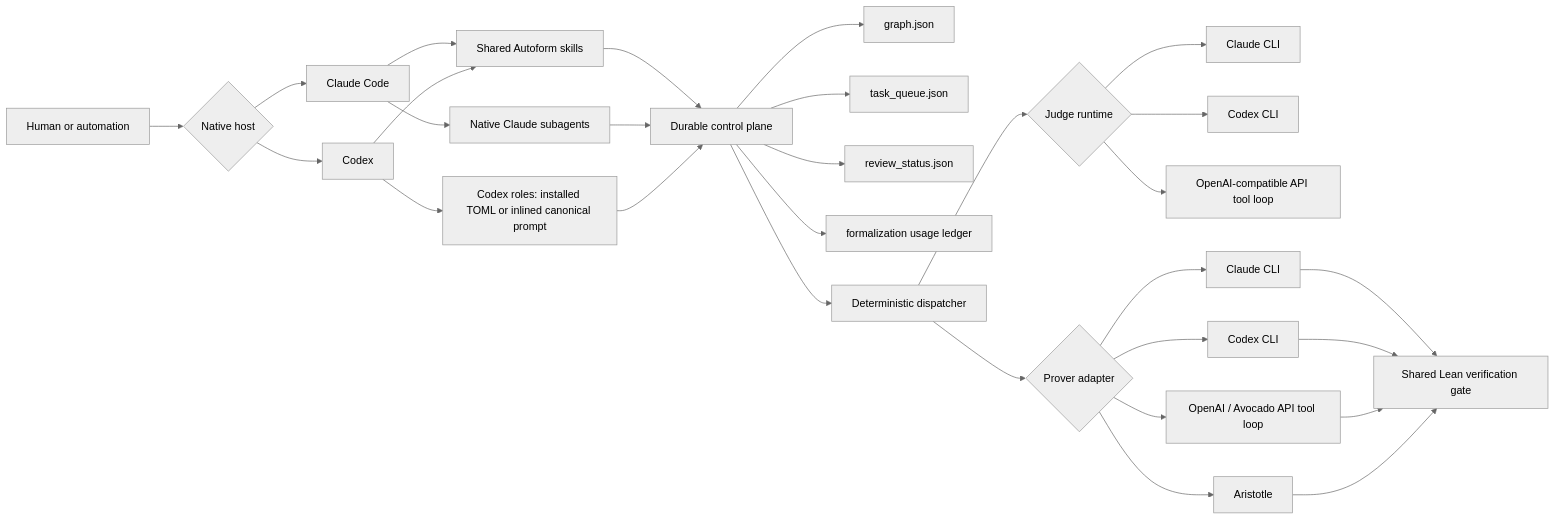
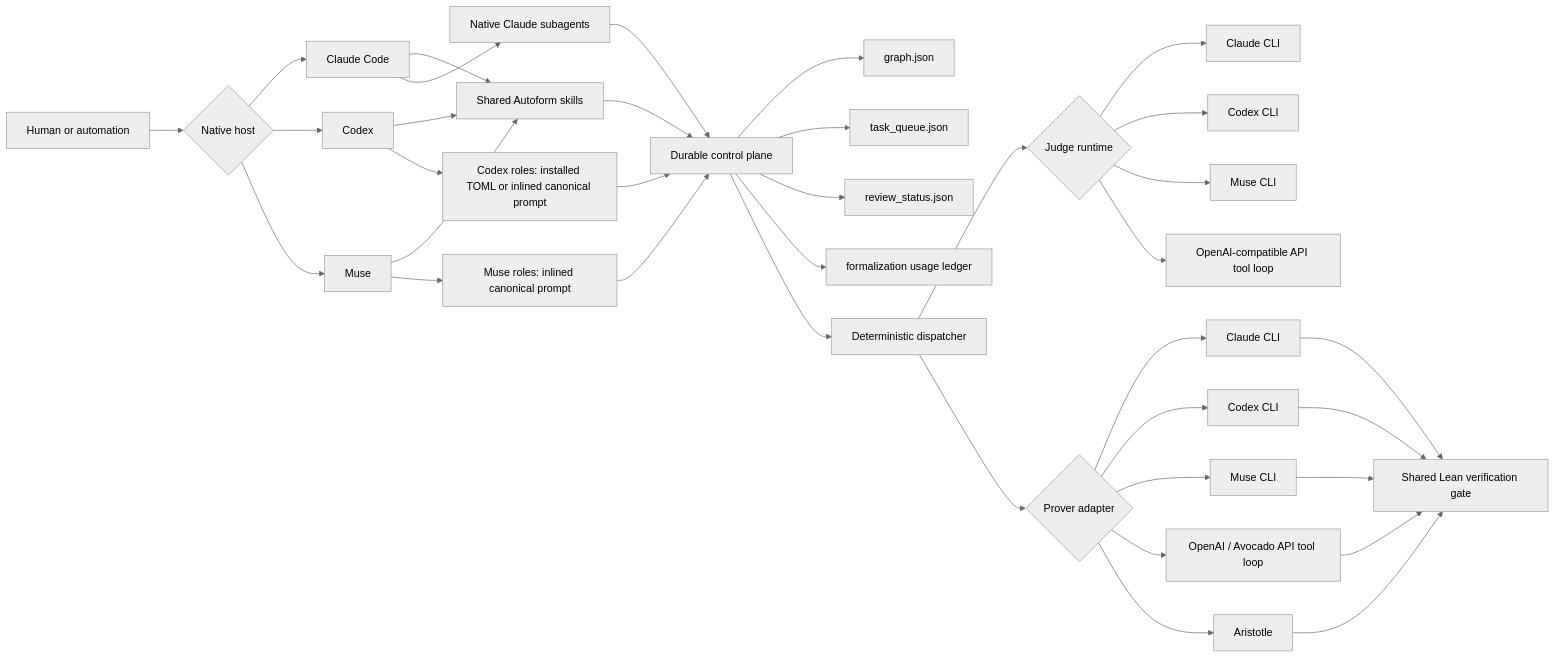
The diagram in docs/full-parity-architecture.md (VivienCabannes/autoform-bot), drawn with Mermaid (neutral theme) before and after one commit. The commit also changed other lines of this file and 26 other files, not shown here.

````diff
--- a/docs/full-parity-architecture.md
+++ b/docs/full-parity-architecture.md
@@ -41,31 +43,38 @@
 ```mermaid
 flowchart LR
     U["Human or automation"] --> H{"Native host"}
     H --> C["Claude Code"]
     H --> X["Codex"]
+    H --> M["Muse"]
     C --> S["Shared Autoform skills"]
     X --> S
+    M --> S
     C --> A["Native Claude subagents"]
     X --> B["Codex roles: installed TOML or inlined canonical prompt"]
+    M --> N["Muse roles: inlined canonical prompt"]
     S --> Q["Durable control plane"]
     A --> Q
     B --> Q
+    N --> Q
     Q --> G["graph.json"]
     Q --> T["task_queue.json"]
     Q --> R["review_status.json"]
     Q --> L["formalization usage ledger"]
     Q --> D["Deterministic dispatcher"]
     D --> J{"Judge runtime"}
     D --> P{"Prover adapter"}
     J --> JC["Claude CLI"]
     J --> JX["Codex CLI"]
+    J --> JM["Muse CLI"]
     J --> JA["OpenAI-compatible API tool loop"]
     P --> PC["Claude CLI"]
     P --> PX["Codex CLI"]
+    P --> PM["Muse CLI"]
     P --> PA["OpenAI / Avocado API tool loop"]
     P --> PH["Aristotle"]
     PC --> V["Shared Lean verification gate"]
     PX --> V
+    PM --> V
     PA --> V
     PH --> V
 ```
````
